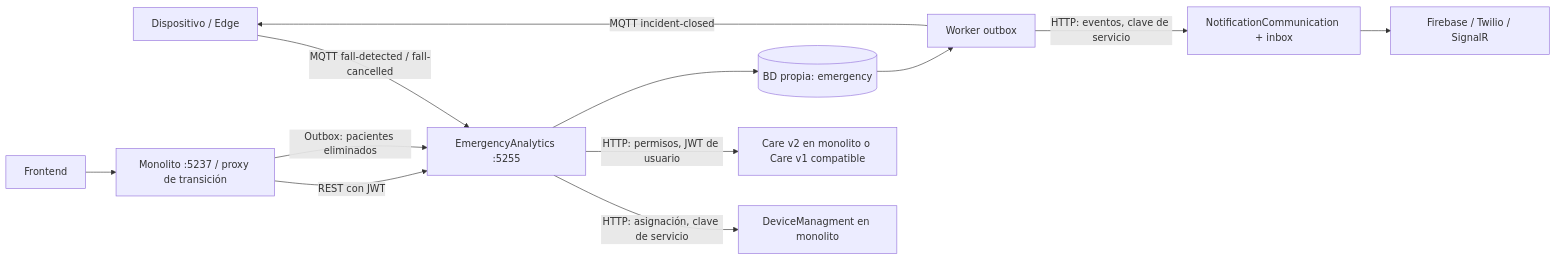
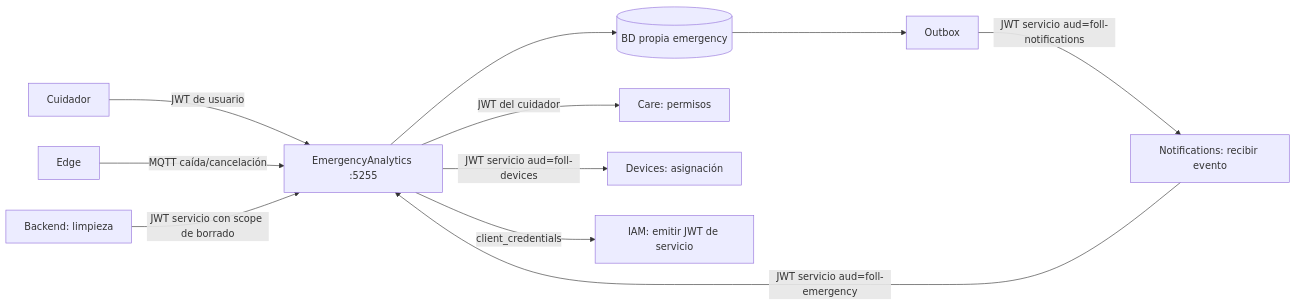
The diagram in README.md (foll-project/Foll_Microservicio-EmergencyAnalytics), drawn with Mermaid before and after one commit. The commit also changed other lines of this file and 9 other files, not shown here.

````diff
--- a/README.md
+++ b/README.md
@@ -13,14 +17,13 @@
 ```mermaid
 flowchart LR
-    Edge[Dispositivo / Edge] -->|MQTT fall-detected / fall-cancelled| Emergency[EmergencyAnalytics :5255]
-    Web[Frontend] --> Mono[Monolito :5237 / proxy de transición]
-    Mono -->|REST con JWT| Emergency
-    Emergency -->|HTTP: asignación, clave de servicio| Devices[DeviceManagment en monolito]
-    Emergency -->|HTTP: permisos, JWT de usuario| Care[Care v2 en monolito o Care v1 compatible]
-    Emergency --> DB[(BD propia: emergency)]
-    DB --> Outbox[Worker outbox]
-    Outbox -->|HTTP: eventos, clave de servicio| Notifications[NotificationCommunication + inbox]
-    Outbox -->|MQTT incident-closed| Edge
-    Notifications --> Push[Firebase / Twilio / SignalR]
-    Mono -->|Outbox: pacientes eliminados| Emergency
+    User[Cuidador] -->|JWT de usuario| Emergency[EmergencyAnalytics :5255]
+    Edge[Edge] -->|MQTT caída/cancelación| Emergency
+    Emergency --> DB[(BD propia emergency)]
+    Emergency -->|JWT del cuidador| Care[Care: permisos]
+    Emergency -->|JWT servicio aud=foll-devices| Devices[Devices: asignación]
+    DB --> Worker[Outbox]
+    Worker -->|JWT servicio aud=foll-notifications| Notifications[Notifications: recibir evento]
+    Notifications -->|JWT servicio aud=foll-emergency| Emergency
+    Backend[Backend: limpieza] -->|JWT servicio con scope de borrado| Emergency
+    Emergency -->|client_credentials| IAM[IAM: emitir JWT de servicio]
 ```
````
